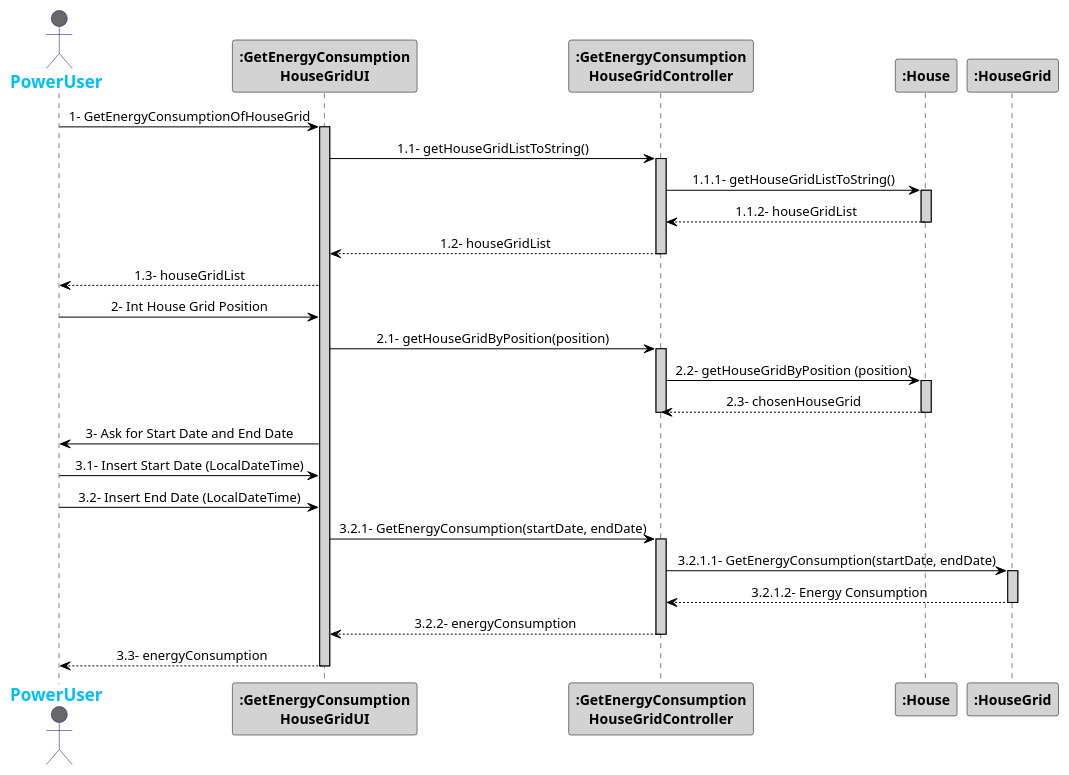
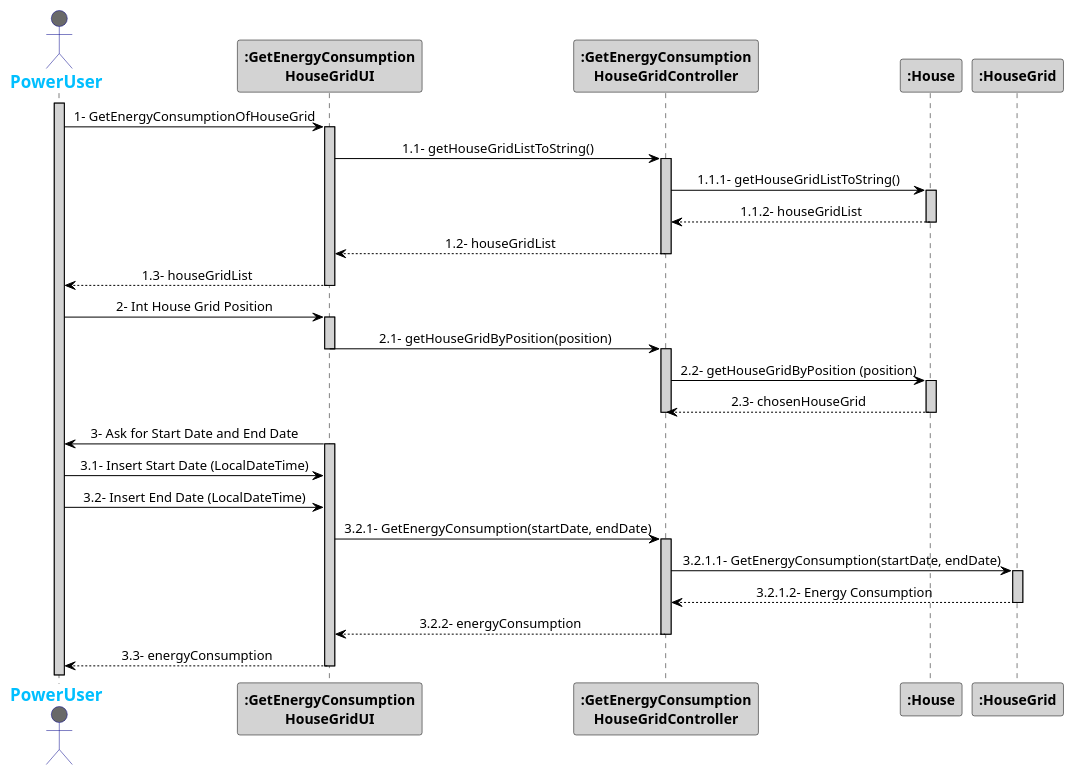
Before and after one commit to 1181687/hateoasToy: the diagram in src/Docs/Sprint3/GetEnergyConsumptionHouseGridInterval.puml, drawn with PlantUML.

Commit message:
Change GetEnergyConsumptionHouseGridInterval

```diff
--- a/src/Docs/Sprint3/GetEnergyConsumptionHouseGridInterval.puml
+++ b/src/Docs/Sprint3/GetEnergyConsumptionHouseGridInterval.puml
@@ -1,57 +1,60 @@
 @startuml
 skinparam sequenceMessageAlign center
 skinparam sequence {
 	ArrowColor Black
 	ActorBorderColor DarkBlue
 	LifeLineBorderColor black
 	LifeLineBackgroundColor LightGrey
 
 	ParticipantBorderColor Black
 	ParticipantBackgroundColor LightGrey
 	ParticipantFontStyle Bold
 
 	ActorBackgroundColor DimGrey
 	ActorFontColor DeepSkyBlue
 	ActorFontStyle Bold
 	ActorFontSize 17
 	ActorFontName Aapex
 }
 
 actor PowerUser
+activate PowerUser
 PowerUser -> ":GetEnergyConsumption\nHouseGridUI": 1- GetEnergyConsumptionOfHouseGrid
 activate ":GetEnergyConsumption\nHouseGridUI"
 ":GetEnergyConsumption\nHouseGridUI" -> ":GetEnergyConsumption\nHouseGridController": 1.1- getHouseGridListToString()
 activate ":GetEnergyConsumption\nHouseGridController"
 ":GetEnergyConsumption\nHouseGridController" -> ":House": 1.1.1- getHouseGridListToString()
 activate ":House"
 ":GetEnergyConsumption\nHouseGridController" <-- ":House": 1.1.2- houseGridList
 deactivate ":House"
 ":GetEnergyConsumption\nHouseGridUI" <-- ":GetEnergyConsumption\nHouseGridController": 1.2- houseGridList
 deactivate ":GetEnergyConsumption\nHouseGridController"
 PowerUser <-- ":GetEnergyConsumption\nHouseGridUI": 1.3- houseGridList
-
+deactivate ":GetEnergyConsumption\nHouseGridUI"
 PowerUser -> ":GetEnergyConsumption\nHouseGridUI": 2- Int House Grid Position
+activate ":GetEnergyConsumption\nHouseGridUI"
 ":GetEnergyConsumption\nHouseGridUI" -> ":GetEnergyConsumption\nHouseGridController": 2.1- getHouseGridByPosition(position)
+deactivate ":GetEnergyConsumption\nHouseGridUI"
 activate ":GetEnergyConsumption\nHouseGridController"
 ":GetEnergyConsumption\nHouseGridController" -> ":House": 2.2- getHouseGridByPosition (position)
 activate ":House"
 ":GetEnergyConsumption\nHouseGridController" <-- ":House": 2.3- chosenHouseGrid
 deactivate ":GetEnergyConsumption\nHouseGridController"
 deactivate ":House"
-
 PowerUser <- ":GetEnergyConsumption\nHouseGridUI": 3- Ask for Start Date and End Date
+activate ":GetEnergyConsumption\nHouseGridUI"
 
 PowerUser -> ":GetEnergyConsumption\nHouseGridUI": 3.1- Insert Start Date (LocalDateTime)
 PowerUser -> ":GetEnergyConsumption\nHouseGridUI": 3.2- Insert End Date (LocalDateTime)
 ":GetEnergyConsumption\nHouseGridUI" -> ":GetEnergyConsumption\nHouseGridController": 3.2.1- GetEnergyConsumption(startDate, endDate)
 activate ":GetEnergyConsumption\nHouseGridController"
 ":GetEnergyConsumption\nHouseGridController" -> ":HouseGrid": 3.2.1.1- GetEnergyConsumption(startDate, endDate)
 activate ":HouseGrid"
 ":GetEnergyConsumption\nHouseGridController" <-- ":HouseGrid": 3.2.1.2- Energy Consumption
 deactivate ":HouseGrid"
 ":GetEnergyConsumption\nHouseGridUI" <-- ":GetEnergyConsumption\nHouseGridController": 3.2.2- energyConsumption
 deactivate ":GetEnergyConsumption\nHouseGridController"
 PowerUser <-- ":GetEnergyConsumption\nHouseGridUI": 3.3- energyConsumption
 deactivate ":GetEnergyConsumption\nHouseGridUI"
 
 @enduml
```
